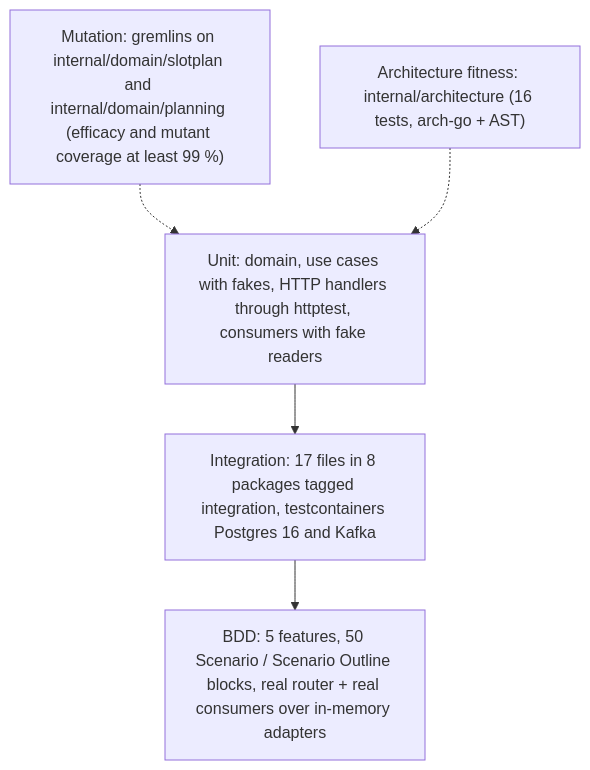
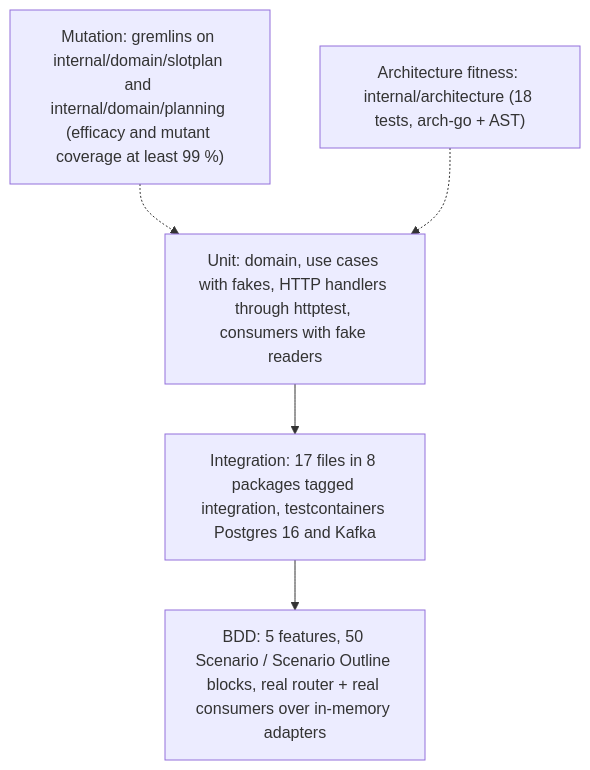
Before and after one commit to IQVO/slotting-optimization: the diagram in docs/docs/development/testing.md, drawn with Mermaid. The commit also changed other lines of this file and 1 other file, not shown here.

Commit message:
test(arch): fitness sensor - every kafka-go Writer sets RequiredAcks
Add TestKafkaWritersSetRequiredAcks (internal/architecture): every kafka-go
Writer composite literal in a non-test file under internal/ or cmd/ (import
alias resolved per file) must set RequiredAcks. TestKafkaWriterAcksSensorBites
proves it flags a bad fixture under any alias. Same sensor as the fleet
rollout (order-management fix/kafka-writer-required-acks).

````diff
--- a/docs/docs/development/testing.md
+++ b/docs/docs/development/testing.md
@@ -16,11 +16,11 @@
 ```mermaid
 flowchart TB
-    arch["Architecture fitness: internal/architecture (16 tests, arch-go + AST)"]
+    arch["Architecture fitness: internal/architecture (18 tests, arch-go + AST)"]
     mut["Mutation: gremlins on internal/domain/slotplan and internal/domain/planning (efficacy and mutant coverage at least 99 %)"]
     bdd["BDD: 5 features, 50 Scenario / Scenario Outline blocks, real router + real consumers over in-memory adapters"]
     integ["Integration: 17 files in 8 packages tagged integration, testcontainers Postgres 16 and Kafka"]
     unit["Unit: domain, use cases with fakes, HTTP handlers through httptest, consumers with fake readers"]
     unit --> integ --> bdd
     mut -.-> unit
     arch -.-> unit
 ```
````
